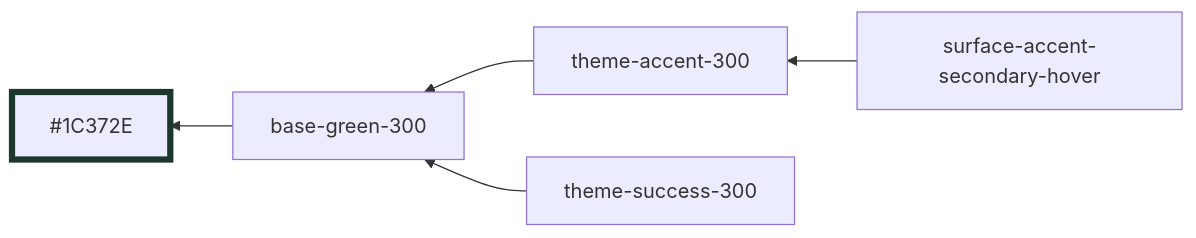
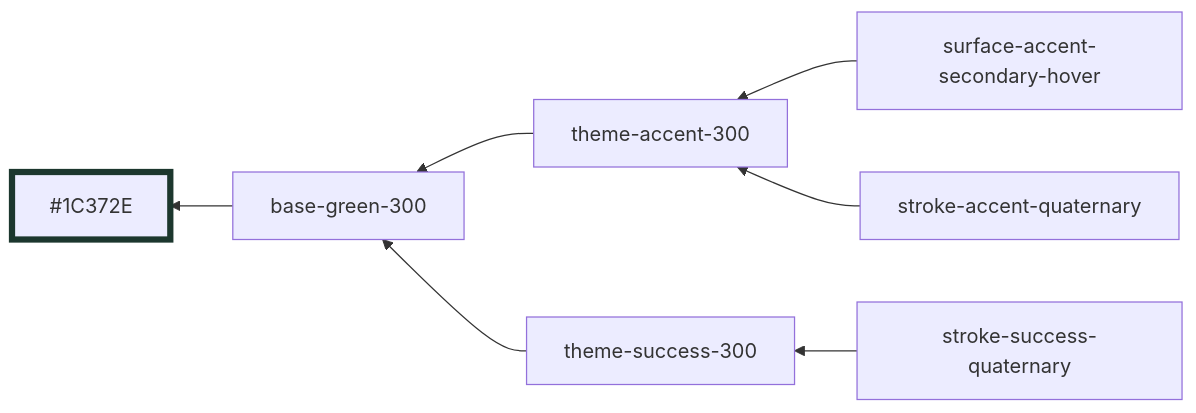
One commit to oxidecomputer/design-system changed the third of 51 diagrams in styles/dist/main.md. Above: the diagram before and after it, drawn with Mermaid. The commit also changed other lines of this file and 8 other files, not shown here.

````diff
--- a/styles/dist/main.md
+++ b/styles/dist/main.md
@@ -31,9 +31,11 @@
 ```mermaid
 graph RL
   base-green-300 --> #1C372E:::base-green-300
   surface-accent-secondary-hover --> theme-accent-300
+  stroke-accent-quaternary --> theme-accent-300
+  stroke-success-quaternary --> theme-success-300
   theme-accent-300 --> base-green-300
   theme-success-300 --> base-green-300
 
 	classDef base-green-300 stroke-width:5,stroke:#1C372E
 ```
````
